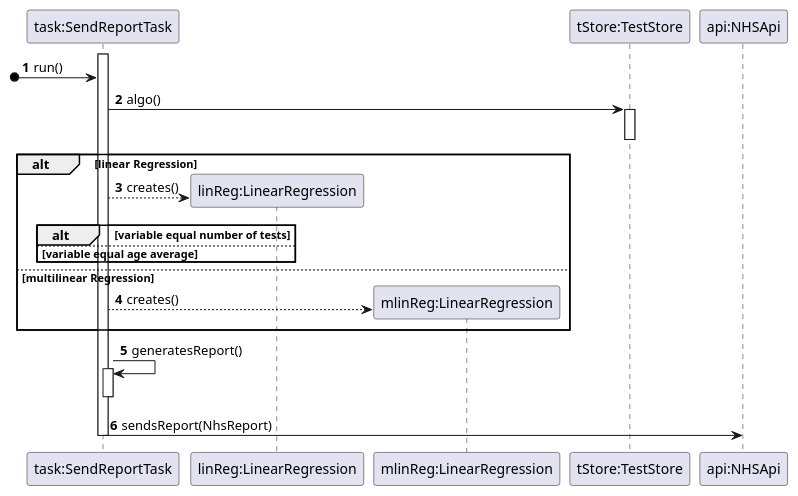
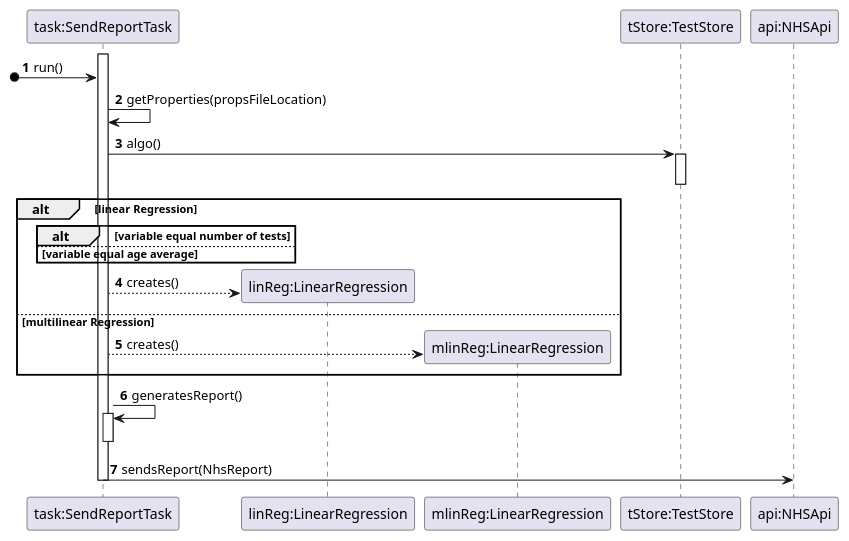
One commit to MarianaCLages/LAPR2 changed the diagram in docs/SprintD/US19/SD_runTask().puml. Above: the diagram before and after it, drawn with PlantUML. The commit also changed 29 other files, not shown here.

```diff
--- a/docs/SprintD/US19/SD_runTask().puml
+++ b/docs/SprintD/US19/SD_runTask().puml
@@ -1,30 +1,32 @@
 @startuml
 autonumber
 participant "task:SendReportTask" as task
 participant "linReg:LinearRegression" as linReg
 participant "mlinReg:LinearRegression" as linReg
 participant "mlinReg:LinearRegression" as mlinReg
 participant "tStore:TestStore" as tStore
 participant "api:NHSApi" as api
 
 [o-> task: run()
+task -> task: getProperties(propsFileLocation)
 task -> tStore:algo()
 activate tStore
 deactivate
 alt linear Regression
-    task --> linReg** : creates()
     alt variable equal number of tests
+
 
     else variable equal age average
     end
+    task --> linReg** : creates()
 
 else multilinear Regression
     task --> mlinReg**:creates()
 end
 activate task
 task -> task: generatesReport()
 activate task
 deactivate
 task -> api: sendsReport(NhsReport)
 deactivate task
 @enduml
```
